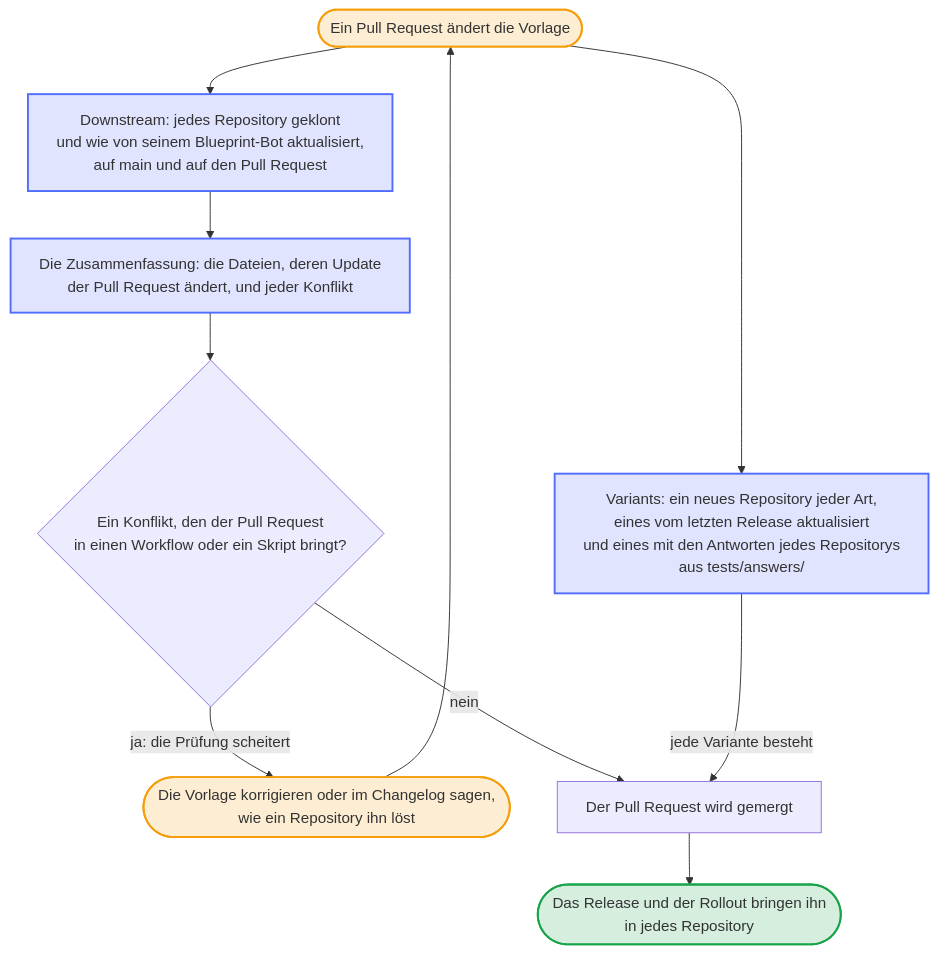
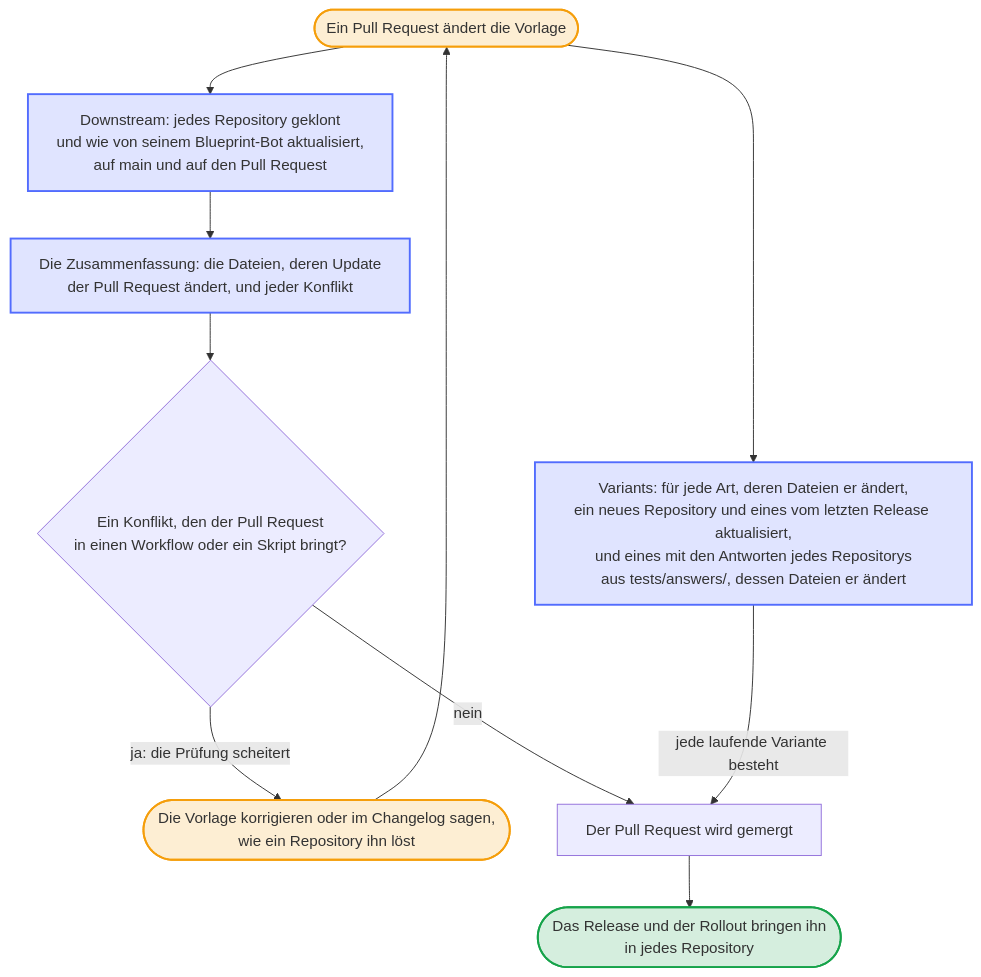
The diagram in docs/diagrams/how-a-change-of-the-template-meets-the-repositories.de.mmd (Dennis-Otto/repo-blueprint), drawn with Mermaid before and after one commit. The commit also changed 45 other files, not shown here.

First line of the commit message:
ci: run only the Variants legs whose rendered project the pull request changes (#568)

```diff
--- a/docs/diagrams/how-a-change-of-the-template-meets-the-repositories.de.mmd
+++ b/docs/diagrams/how-a-change-of-the-template-meets-the-repositories.de.mmd
@@ -1,31 +1,31 @@
 ---
 config:
   flowchart:
     wrappingWidth: 400
 ---
 flowchart TB
     accTitle: Wie eine Änderung der Vorlage die Repositories vor ihrem Release trifft
-    accDescr: Ein Pull Request ändert, was die Repositories vom Blueprint bekommen. Der Variants-Workflow erzeugt ein neues Repository jeder Art, bringt eines jeder Art vom letzten Release auf den Stand und eines mit den Antworten jedes Repositorys aus tests/answers, das jede Datei so bekommen muss wie ein neues Repository mit diesen Antworten und den Bau seiner Website und den Lint seiner Workflows und seines Markdowns bestehen muss. Der Downstream-Workflow klont jedes Repository und aktualisiert es wie sein Blueprint-Bot, auf main und auf den Pull Request, und nennt die Dateien, deren Update der Pull Request ändert, und jeden Konflikt; ein Konflikt, den der Pull Request in einen Workflow oder ein Skript bringt, lässt ihn scheitern. Dann wird der Pull Request gemergt, und das Release und der Rollout bringen ihn in jedes Repository.
+    accDescr: Ein Pull Request ändert, was die Repositories vom Blueprint bekommen. Der Variants-Workflow erzeugt ein neues Repository jeder Art, deren Dateien der Pull Request ändert, bringt jeweils eines davon vom letzten Release auf den Stand und eines mit den Antworten jedes Repositorys aus tests/answers, dessen Dateien er ändert, das jede Datei so bekommen muss wie ein neues Repository mit diesen Antworten und den Bau seiner Website und den Lint seiner Workflows und seines Markdowns bestehen muss. Der Downstream-Workflow klont jedes Repository und aktualisiert es wie sein Blueprint-Bot, auf main und auf den Pull Request, und nennt die Dateien, deren Update der Pull Request ändert, und jeden Konflikt; ein Konflikt, den der Pull Request in einen Workflow oder ein Skript bringt, lässt ihn scheitern. Dann wird der Pull Request gemergt, und das Release und der Rollout bringen ihn in jedes Repository.
 
     change(["Ein Pull Request ändert die Vorlage"])
-    variants["Variants: ein neues Repository jeder Art,<br>eines vom letzten Release aktualisiert<br>und eines mit den Antworten jedes Repositorys<br>aus tests/answers/"]
+    variants["Variants: für jede Art, deren Dateien er ändert,<br>ein neues Repository und eines vom letzten Release aktualisiert,<br>und eines mit den Antworten jedes Repositorys<br>aus tests/answers/, dessen Dateien er ändert"]
     downstream["Downstream: jedes Repository geklont<br>und wie von seinem Blueprint-Bot aktualisiert,<br>auf main und auf den Pull Request"]
     summary["Die Zusammenfassung: die Dateien, deren Update<br>der Pull Request ändert, und jeder Konflikt"]
     conflict{"Ein Konflikt, den der Pull Request<br>in einen Workflow oder ein Skript bringt?"}
     fix(["Die Vorlage korrigieren oder im Changelog sagen,<br>wie ein Repository ihn löst"])
     merge["Der Pull Request wird gemergt"]
     rollout(["Das Release und der Rollout bringen ihn<br>in jedes Repository"])
 
     change --> variants & downstream
     downstream --> summary --> conflict
     conflict -- "ja: die Prüfung scheitert" --> fix --> change
     conflict -- "nein" --> merge
-    variants -- "jede Variante besteht" --> merge
+    variants -- "jede laufende Variante besteht" --> merge
     merge --> rollout
 
     classDef bot fill:#526cfe2e,stroke:#526cfe,stroke-width:2px
     classDef person fill:#f59e0b2e,stroke:#f59e0b,stroke-width:2px
     classDef result fill:#16a34a2e,stroke:#16a34a,stroke-width:2px
     class variants,downstream,summary bot
     class change,fix person
     class rollout result
```
